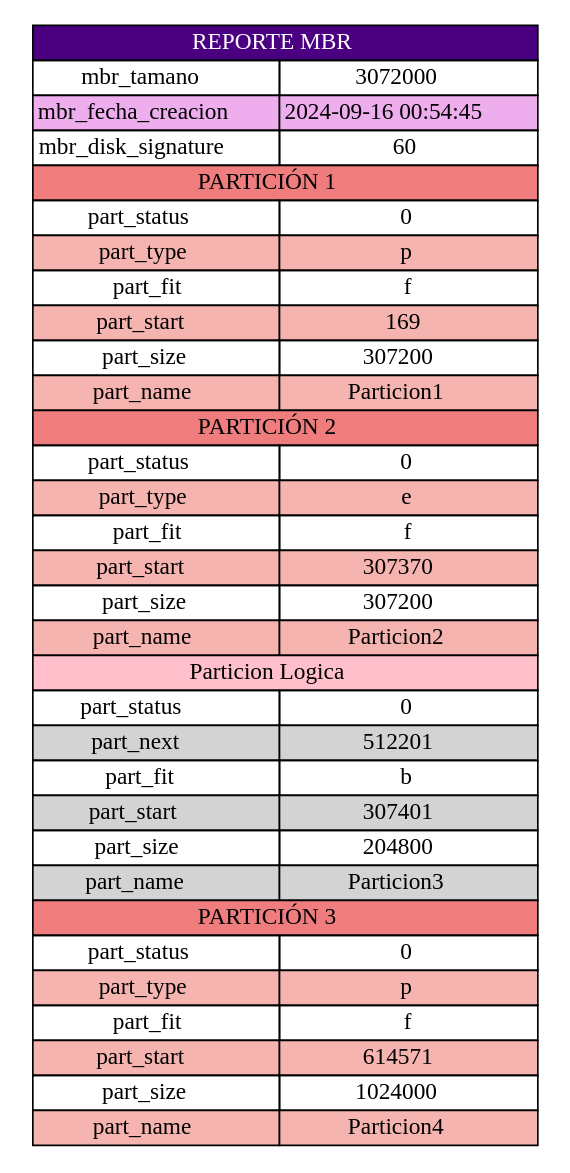
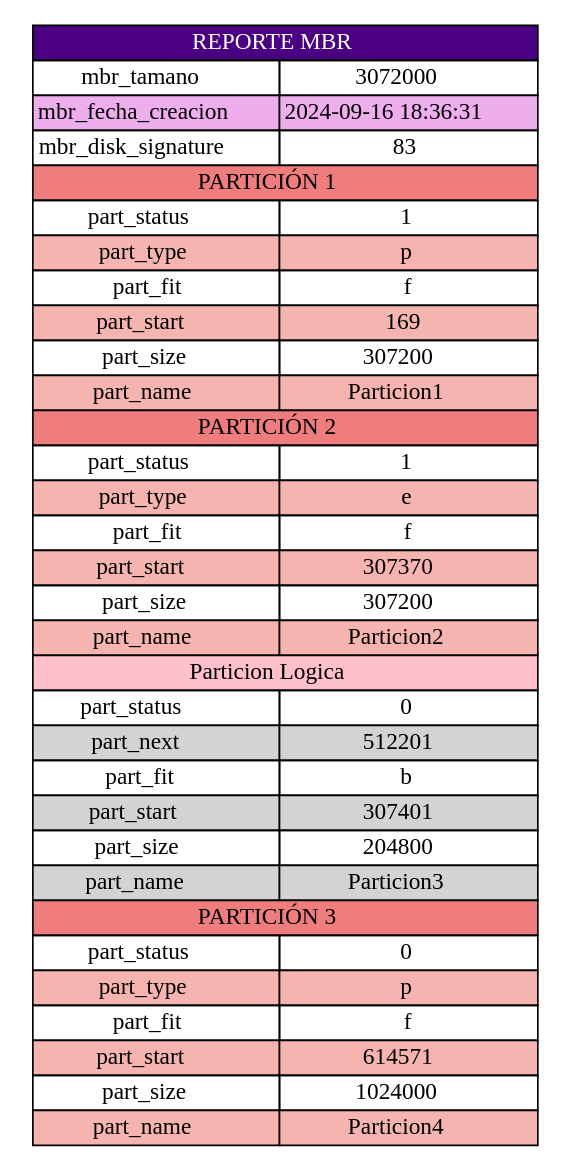
The diagram in output/reporteMBR.pdf.dot (Josue013/MIA_2S_P1_202202481), drawn with Graphviz before and after one commit. The commit also changed 25 other files, not shown here.

```diff
--- a/output/reporteMBR.pdf.dot
+++ b/output/reporteMBR.pdf.dot
@@ -1,40 +1,40 @@
 digraph G {
 			node [shape=plaintext]
 			tabla [label=<
 					<table border="0" cellborder="1" cellspacing="0">
 							<tr><td colspan="2" bgcolor="indigo"><font color="white">REPORTE MBR</font></td></tr>
 							<tr><td>mbr_tamano</td><td>3072000</td></tr>
-							<tr><td bgcolor="plum2">mbr_fecha_creacion</td><td bgcolor="plum2">2024-09-16 00:54:45</td></tr>
-							<tr><td>mbr_disk_signature</td><td>60</td></tr>
+							<tr><td bgcolor="plum2">mbr_fecha_creacion</td><td bgcolor="plum2">2024-09-16 18:36:31</td></tr>
+							<tr><td>mbr_disk_signature</td><td>83</td></tr>
 	
 					<tr><td colspan="2" bgcolor="#f07d7d"> PARTICIÓN 1 </td></tr>
-					<tr><td>part_status</td><td>0</td></tr>
+					<tr><td>part_status</td><td>1</td></tr>
 					<tr><td bgcolor="#f5b4af">part_type</td><td bgcolor="#f5b4af">p</td></tr>
 					<tr><td>part_fit</td><td>f</td></tr>
 					<tr><td bgcolor="#f5b4af">part_start</td><td bgcolor="#f5b4af">169</td></tr>
 					<tr><td>part_size</td><td>307200</td></tr>
 					<tr><td bgcolor="#f5b4af">part_name</td><td bgcolor="#f5b4af">Particion1</td></tr>
 			
 					<tr><td colspan="2" bgcolor="#f07d7d"> PARTICIÓN 2 </td></tr>
-					<tr><td>part_status</td><td>0</td></tr>
+					<tr><td>part_status</td><td>1</td></tr>
 					<tr><td bgcolor="#f5b4af">part_type</td><td bgcolor="#f5b4af">e</td></tr>
 					<tr><td>part_fit</td><td>f</td></tr>
 					<tr><td bgcolor="#f5b4af">part_start</td><td bgcolor="#f5b4af">307370</td></tr>
 					<tr><td>part_size</td><td>307200</td></tr>
 					<tr><td bgcolor="#f5b4af">part_name</td><td bgcolor="#f5b4af">Particion2</td></tr>
 						<TR><TD bgcolor="pink" COLSPAN="2">Particion Logica</TD></TR>
 			<TR><TD> part_status </TD><TD>0</TD></TR>
 			<TR><TD bgcolor="#D3D3D3"> part_next </TD><TD bgcolor="#D3D3D3">512201</TD></TR>
 			<TR><TD> part_fit </TD><TD>b</TD></TR>
 			<TR><TD bgcolor="#D3D3D3"> part_start </TD><TD bgcolor="#D3D3D3">307401</TD></TR>
 			<TR><TD> part_size </TD><TD>204800</TD></TR>
 			<TR><TD bgcolor="#D3D3D3"> part_name </TD><TD bgcolor="#D3D3D3">Particion3</TD></TR>
 
 					<tr><td colspan="2" bgcolor="#f07d7d"> PARTICIÓN 3 </td></tr>
 					<tr><td>part_status</td><td>0</td></tr>
 					<tr><td bgcolor="#f5b4af">part_type</td><td bgcolor="#f5b4af">p</td></tr>
 					<tr><td>part_fit</td><td>f</td></tr>
 					<tr><td bgcolor="#f5b4af">part_start</td><td bgcolor="#f5b4af">614571</td></tr>
 					<tr><td>part_size</td><td>1024000</td></tr>
 					<tr><td bgcolor="#f5b4af">part_name</td><td bgcolor="#f5b4af">Particion4</td></tr>
 			</table>>] }
```
